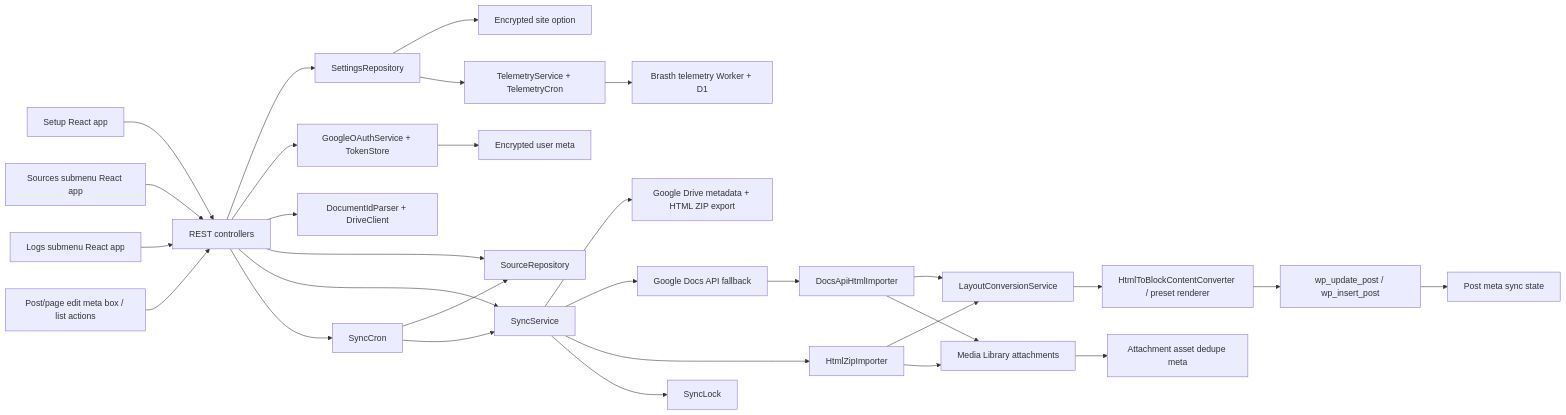
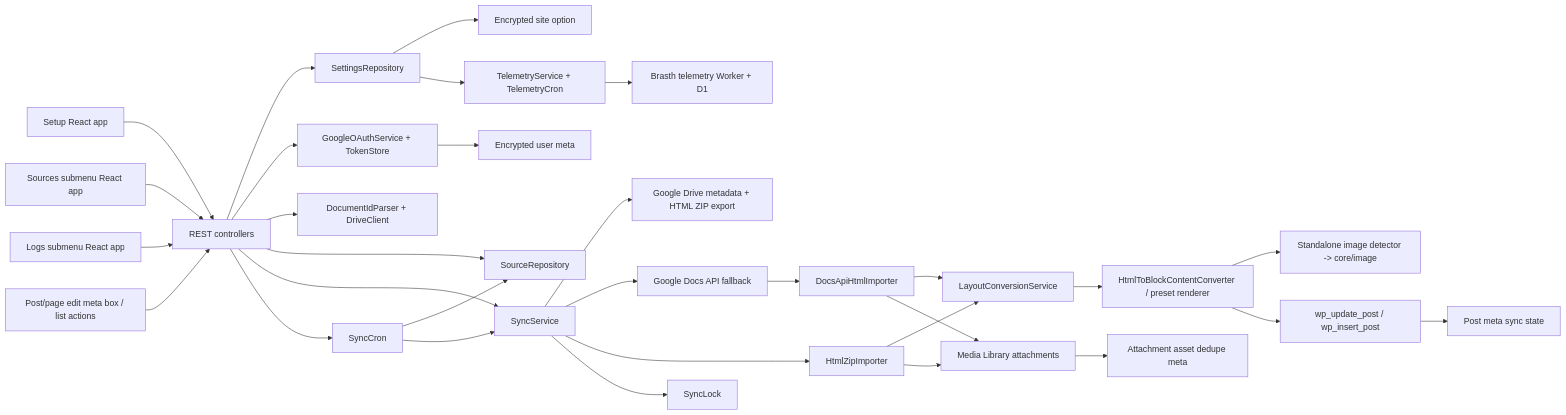
Before and after one commit to Brasth/DocSync-WP: the first of 2 diagrams in docs/system-architecture.md, drawn with Mermaid. The commit also changed other lines of this file and 16 other files, not shown here.

````diff
--- a/docs/system-architecture.md
+++ b/docs/system-architecture.md
@@ -19,32 +19,33 @@
 ```mermaid
 flowchart LR
   SetupApp["Setup React app"] --> REST["REST controllers"]
   SourcesApp["Sources submenu React app"] --> REST
   LogsApp["Logs submenu React app"] --> REST
   TargetUI["Post/page edit meta box / list actions"] --> REST
   REST --> Settings["SettingsRepository"]
   REST --> OAuth["GoogleOAuthService + TokenStore"]
   REST --> Docs["DocumentIdParser + DriveClient"]
   REST --> Sources["SourceRepository"]
   REST --> Sync["SyncService"]
   REST --> Cron["SyncCron"]
   Sync --> Drive["Google Drive metadata + HTML ZIP export"]
   Sync --> DocsAPI["Google Docs API fallback"]
   Sync --> Import["HtmlZipImporter"]
   DocsAPI --> FallbackImport["DocsApiHtmlImporter"]
   Import --> Layouts["LayoutConversionService"]
   FallbackImport --> Layouts
   Layouts --> Blocks["HtmlToBlockContentConverter / preset renderer"]
+  Blocks --> NativeImages["Standalone image detector -> core/image"]
   Sync --> Lock["SyncLock"]
   Import --> Media["Media Library attachments"]
   Blocks --> WP["wp_update_post / wp_insert_post"]
   WP --> Meta["Post meta sync state"]
   Media --> AttachmentMeta["Attachment asset dedupe meta"]
   FallbackImport --> Media
   OAuth --> Tokens["Encrypted user meta"]
   Settings --> Opts["Encrypted site option"]
   Cron --> Sources
   Cron --> Sync
   Settings --> Telemetry["TelemetryService + TelemetryCron"]
   Telemetry --> Worker["Brasth telemetry Worker + D1"]
 ```
````
